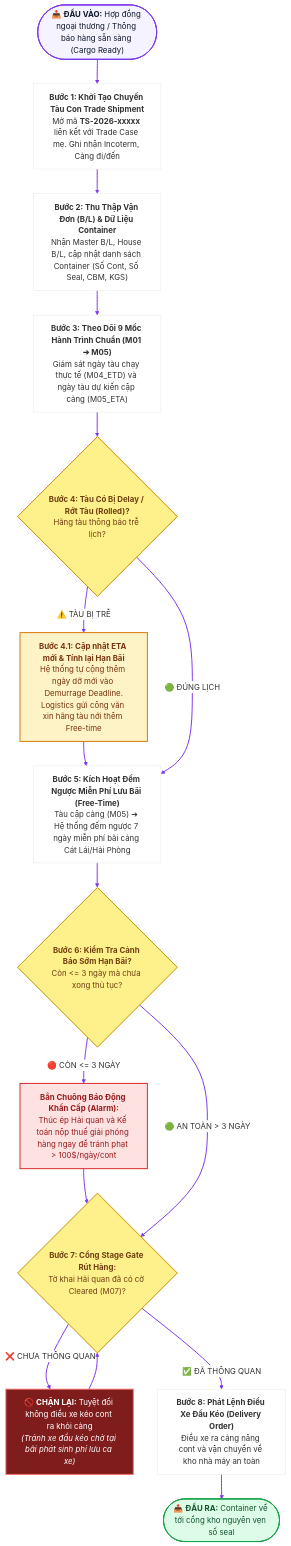
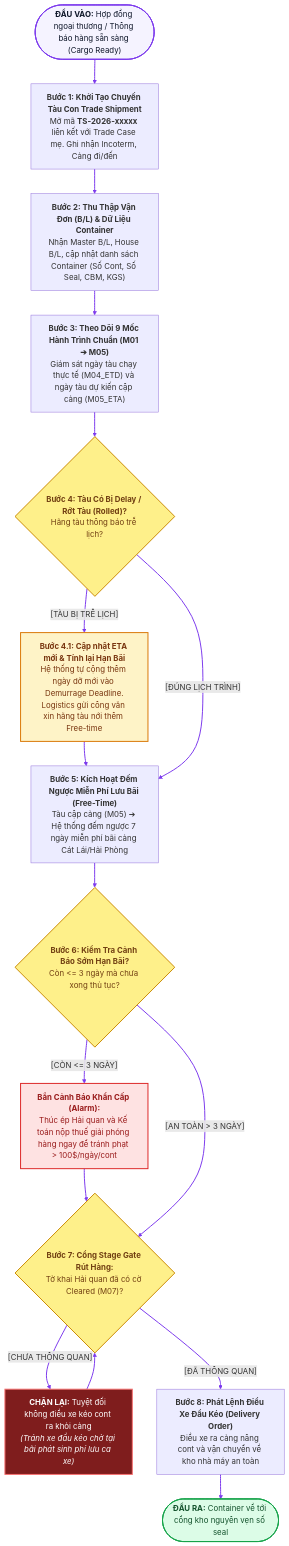
The fifth of 7 diagrams in LUONG_NGHIEP_VU_CAC_VAI_TRO_XUAT_NHAP_KHAU.md (capkimkhanh2k5/Logistics_ERPNext_RAG), drawn with Mermaid before and after one commit. The commit also changed other lines of this file, not shown here.

Commit message:
docs: remove all icons and apply clean Inter/Segoe UI typography across all diagrams

````diff
--- a/LUONG_NGHIEP_VU_CAC_VAI_TRO_XUAT_NHAP_KHAU.md
+++ b/LUONG_NGHIEP_VU_CAC_VAI_TRO_XUAT_NHAP_KHAU.md
@@ -202,39 +236,50 @@
 ```mermaid
-%%{init: {'theme': 'base', 'themeVariables': {'primaryColor': '#FFFFFF', 'lineColor': '#7C3AED'}}}%%
+%%{init: {
+  'theme': 'base',
+  'themeVariables': {
+    'fontFamily': "'Inter', 'Segoe UI', -apple-system, Roboto, sans-serif",
+    'fontSize': '13px',
+    'primaryColor': '#FFFFFF',
+    'primaryTextColor': '#0F172A',
+    'primaryBorderColor': '#7C3AED',
+    'lineColor': '#7C3AED',
+    'edgeLabelBackground':'#FFFFFF'
+  }
+}}%%
 flowchart TD
-    L_IN(["📥 <b>ĐẦU VÀO:</b> Hợp đồng ngoại thương / Thông báo hàng sẵn sàng (Cargo Ready)"]) --> L1
+    L_IN(["<b>ĐẦU VÀO:</b> Hợp đồng ngoại thương / Thông báo hàng sẵn sàng (Cargo Ready)"]) --> L1
     L1["<b>Bước 1: Khởi Tạo Chuyến Tàu Con Trade Shipment</b><br>Mở mã <b>TS-2026-xxxxx</b> liên kết với Trade Case mẹ. Ghi nhận Incoterm, Cảng đi/đến"] --> L2
     L2["<b>Bước 2: Thu Thập Vận Đơn (B/L) & Dữ Liệu Container</b><br>Nhận Master B/L, House B/L, cập nhật danh sách Container (Số Cont, Số Seal, CBM, KGS)"] --> L3
     L3["<b>Bước 3: Theo Dõi 9 Mốc Hành Trình Chuẩn (M01 ➔ M05)</b><br>Giám sát ngày tàu chạy thực tế (M04_ETD) và ngày tàu dự kiến cập cảng (M05_ETA)"] --> L4
     
     L4{"<b>Bước 4: Tàu Có Bị Delay / Rớt Tàu (Rolled)?</b><br>Hãng tàu thông báo trễ lịch?"}
     
-    L4 -- "⚠️ TÀU BỊ TRỄ" --> L_REVISE["<b>Bước 4.1: Cập nhật ETA mới & Tính lại Hạn Bãi</b><br>Hệ thống tự cộng thêm ngày dỡ mới vào Demurrage Deadline.<br>Logistics gửi công văn xin hãng tàu nới thêm Free-time"] --> L5
-    L4 -- "🟢 ĐÚNG LỊCH" --> L5
+    L4 -- "[TÀU BỊ TRỄ LỊCH]" --> L_REVISE["<b>Bước 4.1: Cập nhật ETA mới & Tính lại Hạn Bãi</b><br>Hệ thống tự cộng thêm ngày dỡ mới vào Demurrage Deadline.<br>Logistics gửi công văn xin hãng tàu nới thêm Free-time"] --> L5
+    L4 -- "[ĐÚNG LỊCH TRÌNH]" --> L5
     
     L5["<b>Bước 5: Kích Hoạt Đếm Ngược Miễn Phí Lưu Bãi (Free-Time)</b><br>Tàu cập cảng (M05) ➔ Hệ thống đếm ngược 7 ngày miễn phí bãi cảng Cát Lái/Hải Phòng"] --> L6
     
     L6{"<b>Bước 6: Kiểm Tra Cảnh Báo Sớm Hạn Bãi?</b><br>Còn <= 3 ngày mà chưa xong thủ tục?"}
     
-    L6 -- "🔴 CÒN <= 3 NGÀY" --> L_WARN["<b>Bắn Chuông Báo Động Khẩn Cấp (Alarm):</b><br>Thúc ép Hải quan và Kế toán nộp thuế giải phóng hàng ngay để tránh phạt > 100$/ngày/cont"] --> L7
-    L6 -- "🟢 AN TOÀN > 3 NGÀY" --> L7
+    L6 -- "[CÒN <= 3 NGÀY]" --> L_WARN["<b>Bắn Cảnh Báo Khẩn Cấp (Alarm):</b><br>Thúc ép Hải quan và Kế toán nộp thuế giải phóng hàng ngay để tránh phạt > 100$/ngày/cont"] --> L7
+    L6 -- "[AN TOÀN > 3 NGÀY]" --> L7
     
     L7{"<b>Bước 7: Cổng Stage Gate Rút Hàng:</b><br>Tờ khai Hải quan đã có cờ Cleared (M07)?"}
     
-    L7 -- "❌ CHƯA THÔNG QUAN" --> L_BLOCK["🚫 <b>CHẶN LẠI:</b> Tuyệt đối không điều xe kéo cont ra khỏi cảng<br><i>(Tránh xe đầu kéo chờ tại bãi phát sinh phí lưu ca xe)</i>"]
+    L7 -- "[CHƯA THÔNG QUAN]" --> L_BLOCK["<b>CHẶN LẠI:</b> Tuyệt đối không điều xe kéo cont ra khỏi cảng<br><i>(Tránh xe đầu kéo chờ tại bãi phát sinh phí lưu ca xe)</i>"]
     L_BLOCK --> L7
     
-    L7 -- "✅ ĐÃ THÔNG QUAN" --> L8["<b>Bước 8: Phát Lệnh Điều Xe Đầu Kéo (Delivery Order)</b><br>Điều xe ra cảng nâng cont và vận chuyển về kho nhà máy an toàn"] --> L_OUT
+    L7 -- "[ĐÃ THÔNG QUAN]" --> L8["<b>Bước 8: Phát Lệnh Điều Xe Đầu Kéo (Delivery Order)</b><br>Điều xe ra cảng nâng cont và vận chuyển về kho nhà máy an toàn"] --> L_OUT
     
-    L_OUT(["📤 <b>ĐẦU RA:</b> Container về tới cổng kho nguyên vẹn số seal"])
+    L_OUT(["<b>ĐẦU RA:</b> Container về tới cổng kho nguyên vẹn số seal"])
 
     style L_IN fill:#F5F3FF,stroke:#7C3AED,stroke-width:2px,color:#0F172A
     style L4 fill:#FEF08A,stroke:#CA8A04,stroke-width:2px,color:#713F12
     style L6 fill:#FEF08A,stroke:#CA8A04,stroke-width:2px,color:#713F12
     style L7 fill:#FEF08A,stroke:#CA8A04,stroke-width:2px,color:#713F12
     style L_REVISE fill:#FEF3C7,stroke:#D97706,stroke-width:2px,color:#78350F
     style L_WARN fill:#FEE2E2,stroke:#DC2626,stroke-width:2px,color:#991B1B
     style L_BLOCK fill:#7F1D1D,stroke:#F87171,stroke-width:2px,color:#FFFFFF
     style L_OUT fill:#DCFCE7,stroke:#16A34A,stroke-width:2px,color:#14532D
     linkStyle default stroke:#7C3AED,stroke-width:2px;
 ```
````
